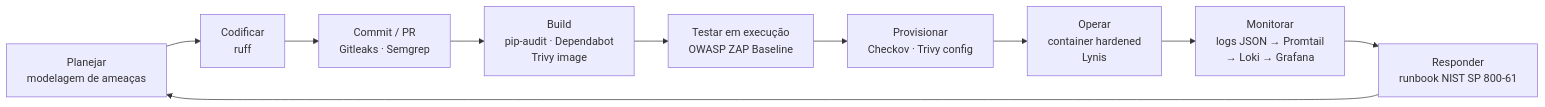
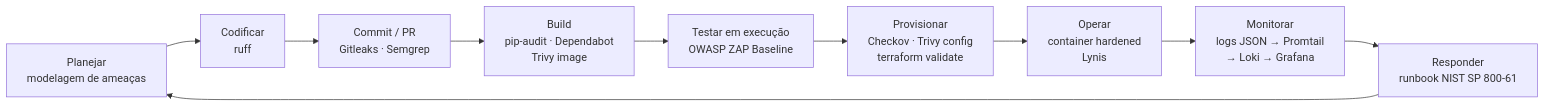
One commit to msrscs/taskflow-test changed the first of 2 diagrams in README.md. Above: the diagram before and after it, drawn with Mermaid. The commit also changed other lines of this file and 13 other files, not shown here.

Commit message:
feat(iac): docker-compose seguro com PostgreSQL, Terraform corrigido e terraform-validate no CI

````diff
--- a/README.md
+++ b/README.md
@@ -34,12 +36,12 @@
 ```mermaid
 flowchart LR
   A[Planejar<br/>modelagem de ameaças] --> B[Codificar<br/>ruff]
   B --> C[Commit / PR<br/>Gitleaks · Semgrep]
   C --> D[Build<br/>pip-audit · Dependabot<br/>Trivy image]
   D --> E[Testar em execução<br/>OWASP ZAP Baseline]
-  E --> F[Provisionar<br/>Checkov · Trivy config]
+  E --> F[Provisionar<br/>Checkov · Trivy config<br/>terraform validate]
   F --> G[Operar<br/>container hardened<br/>Lynis]
   G --> H[Monitorar<br/>logs JSON → Promtail<br/>→ Loki → Grafana]
   H --> I[Responder<br/>runbook NIST SP 800-61]
   I --> A
 ```
````
